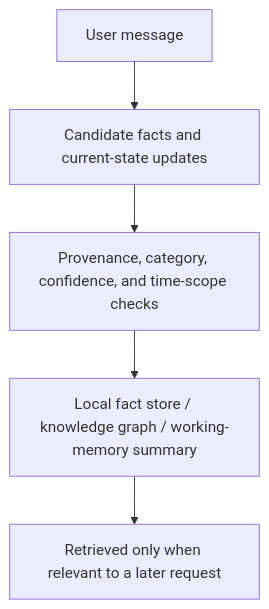
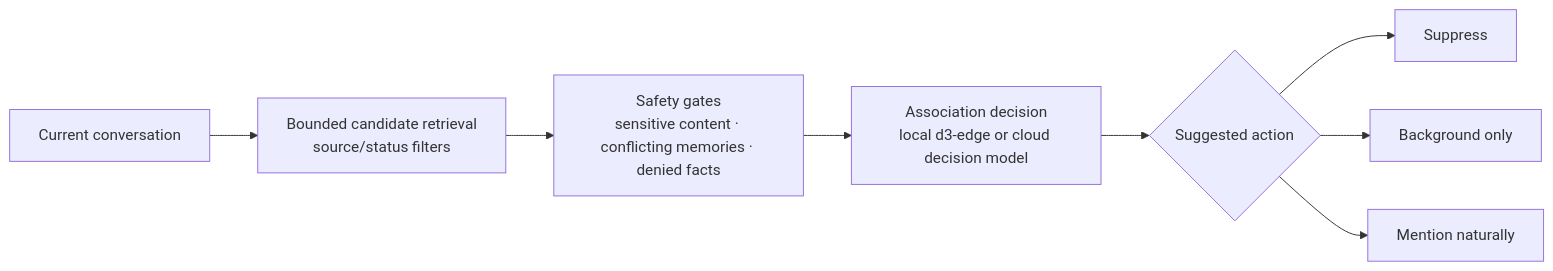
The second of 2 diagrams in data/readmes/yuxinbeiyi__Lianxin-AI.md (zqf20096327/ai_collect), drawn with Mermaid before and after one commit. The commit also changed other lines of this file and 1911 other files, not shown here.

````diff
--- a/data/readmes/yuxinbeiyi__Lianxin-AI.md
+++ b/data/readmes/yuxinbeiyi__Lianxin-AI.md
@@ -152,7 +179,10 @@
 ```mermaid
-flowchart TB
-    A["User message"] --> B["Candidate facts and current-state updates"]
-    B --> C["Provenance, category, confidence, and time-scope checks"]
-    C --> D["Local fact store / knowledge graph / working-memory summary"]
-    D --> E["Retrieved only when relevant to a later request"]
+flowchart LR
+    A["Current conversation"] --> B["Bounded candidate retrieval<br/>source/status filters"]
+    B --> C["Safety gates<br/>sensitive content · conflicting memories · denied facts"]
+    C --> D["Association decision<br/>local d3-edge or cloud decision model"]
+    D --> E{"Suggested action"}
+    E --> F["Suppress"]
+    E --> G["Background only"]
+    E --> H["Mention naturally"]
 ```
````
